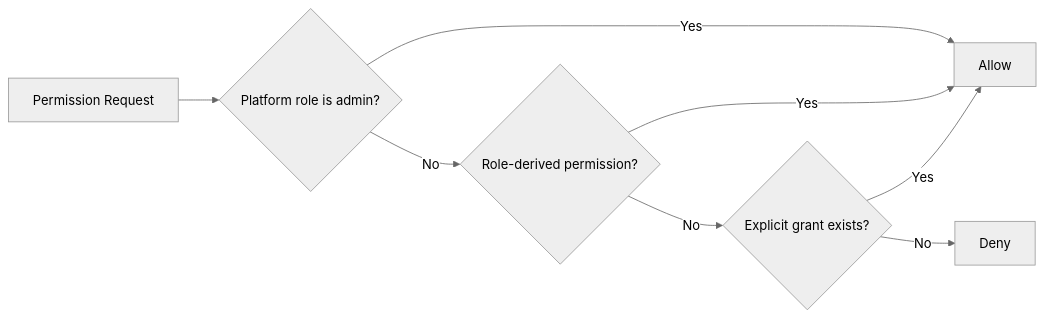
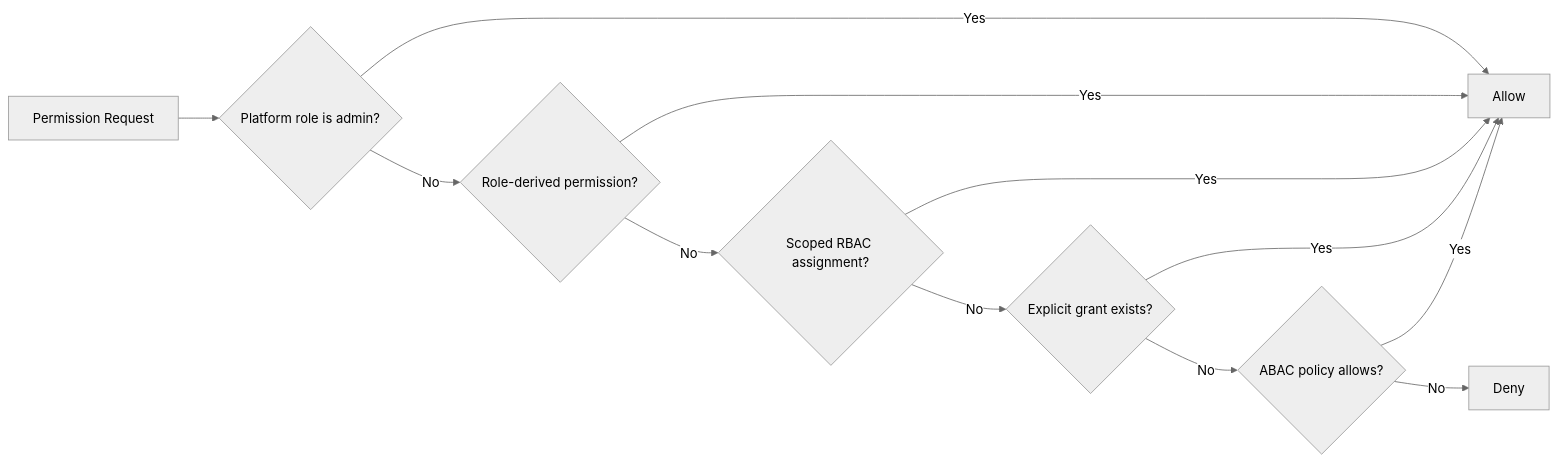
Before and after one commit to EnterpriseGlue/enterpriseglue-the-bridge-oss: the second of 4 diagrams in docs/architecture/09-oss-authorization-access-control-model.md, drawn with Mermaid (neutral theme). The commit also changed other lines of this file and 1525 other files, not shown here.

````diff
--- a/docs/architecture/09-oss-authorization-access-control-model.md
+++ b/docs/architecture/09-oss-authorization-access-control-model.md
@@ -70,10 +464,14 @@
 ```mermaid
 flowchart LR
   Start[Permission Request] --> Admin{Platform role is admin?}
   Admin -->|Yes| Allow[Allow]
   Admin -->|No| Role{Role-derived permission?}
   Role -->|Yes| Allow
-  Role -->|No| Grant{Explicit grant exists?}
+  Role -->|No| Assignment{Scoped RBAC assignment?}
+  Assignment -->|Yes| Allow
+  Assignment -->|No| Grant{Explicit grant exists?}
   Grant -->|Yes| Allow
-  Grant -->|No| Deny[Deny]
+  Grant -->|No| Policy{ABAC policy allows?}
+  Policy -->|Yes| Allow
+  Policy -->|No| Deny[Deny]
 ```
````
